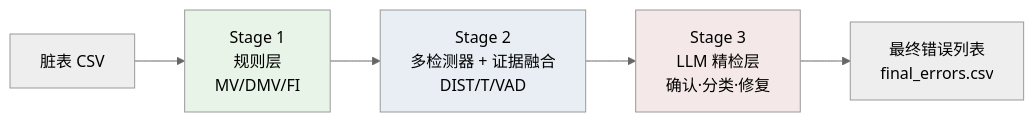
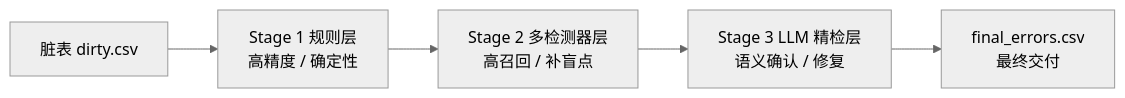
Before and after one commit to 1993371829/error_detect: the first of 2 diagrams in PIPELINE.md, drawn with Mermaid (neutral theme). The commit also changed other lines of this file and 3 other files, not shown here.

````diff
--- a/PIPELINE.md
+++ b/PIPELINE.md
@@ -31,11 +42,7 @@
 ```mermaid
 flowchart LR
-    IN["脏表 CSV"] --> S1["Stage 1<br/>规则层<br/>MV/DMV/FI"]
-    S1 --> S2["Stage 2<br/>多检测器 + 证据融合<br/>DIST/T/VAD"]
-    S2 --> S3["Stage 3<br/>LLM 精检层<br/>确认·分类·修复"]
-    S3 --> OUT["最终错误列表<br/>final_errors.csv"]
-
-    style S1 fill:#e8f4e8
-    style S2 fill:#e8eef4
-    style S3 fill:#f4e8e8
+    IN["脏表 dirty.csv"] --> S1["Stage 1 规则层<br/>高精度 / 确定性"]
+    S1 --> S2["Stage 2 多检测器层<br/>高召回 / 补盲点"]
+    S2 --> S3["Stage 3 LLM 精检层<br/>语义确认 / 修复"]
+    S3 --> OUT["final_errors.csv<br/>最终交付"]
 ```
````
